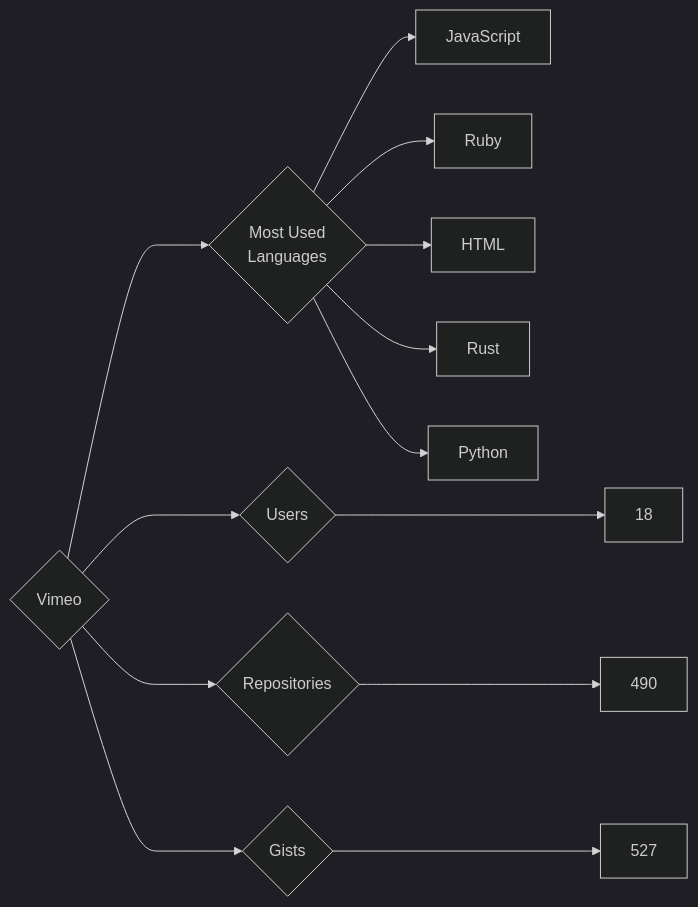
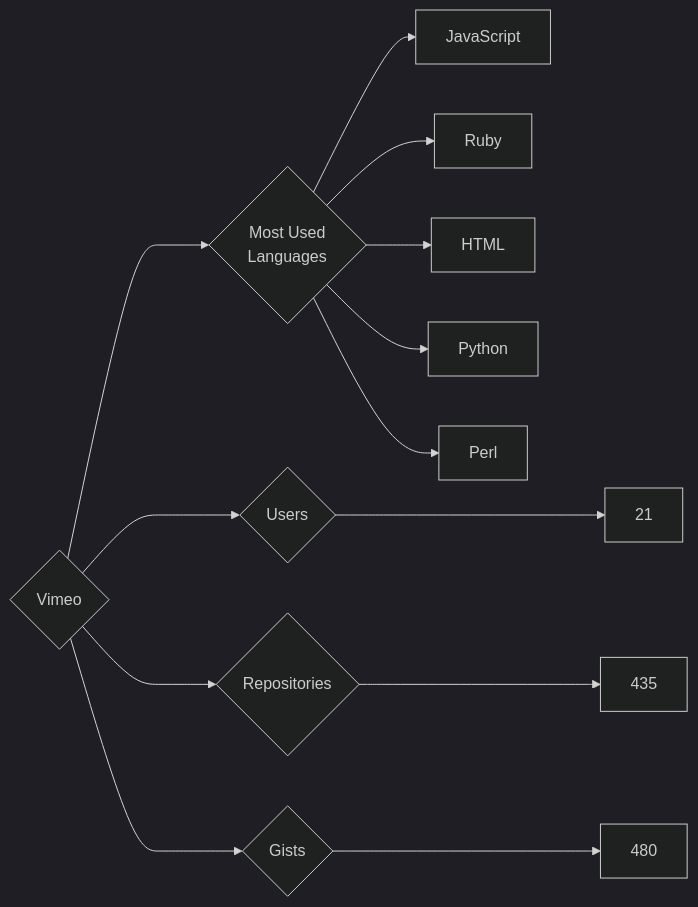
The diagram in targets/Vimeo/README.md (trickest/insiders), drawn with Mermaid (dark theme) before and after one commit. The commit also changed 835 other files, not shown here.

````diff
--- a/targets/Vimeo/README.md
+++ b/targets/Vimeo/README.md
@@ -3,13 +3,13 @@
 ```mermaid
 graph LR
 COMPANY_NAME{Vimeo}
-COMPANY_NAME ---> U{Users} ---> UN[18]
-COMPANY_NAME ---> R{Repositories} ---> RN[490]
-COMPANY_NAME ---> G{Gists} ---> GN[527]
+COMPANY_NAME ---> U{Users} ---> UN[21]
+COMPANY_NAME ---> R{Repositories} ---> RN[435]
+COMPANY_NAME ---> G{Gists} ---> GN[480]
 COMPANY_NAME ---> ML{Most Used<br>Languages}
 ML --> JavaScript[JavaScript]
 ML --> Ruby[Ruby]
 ML --> HTML[HTML]
-ML --> Rust[Rust]
 ML --> Python[Python]
+ML --> Perl[Perl]
 ```
````
